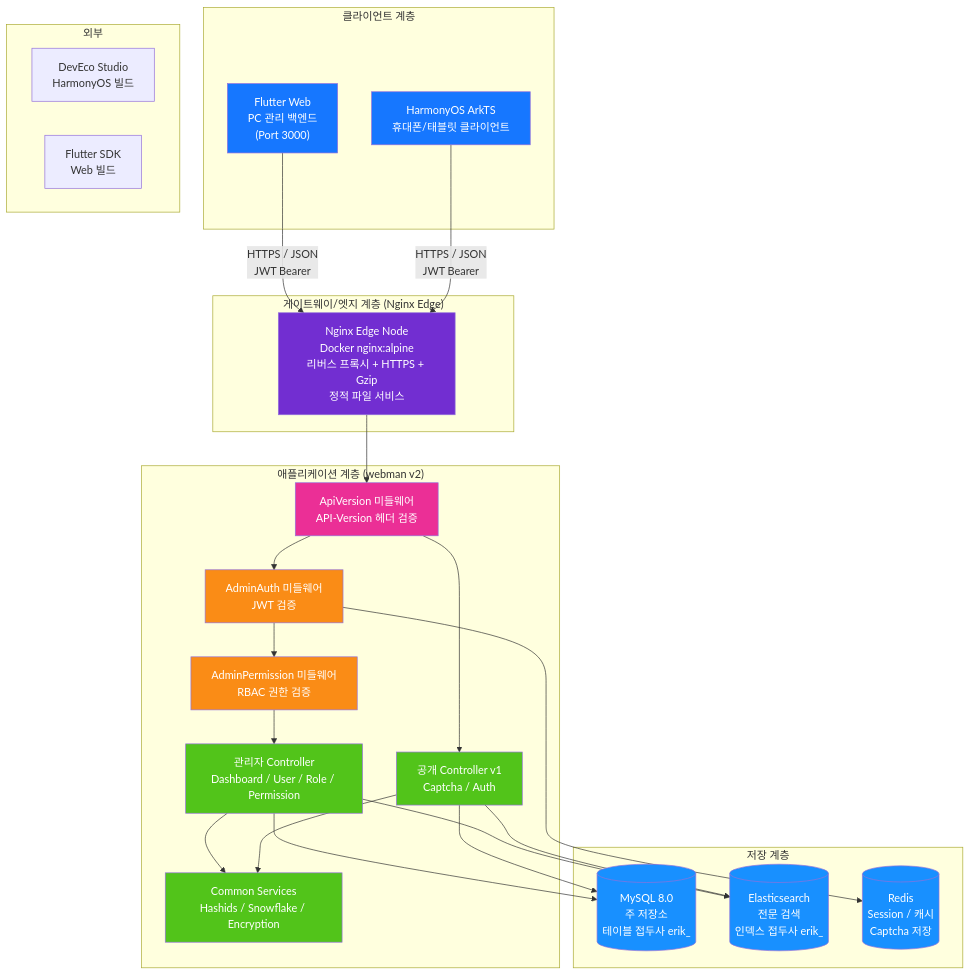
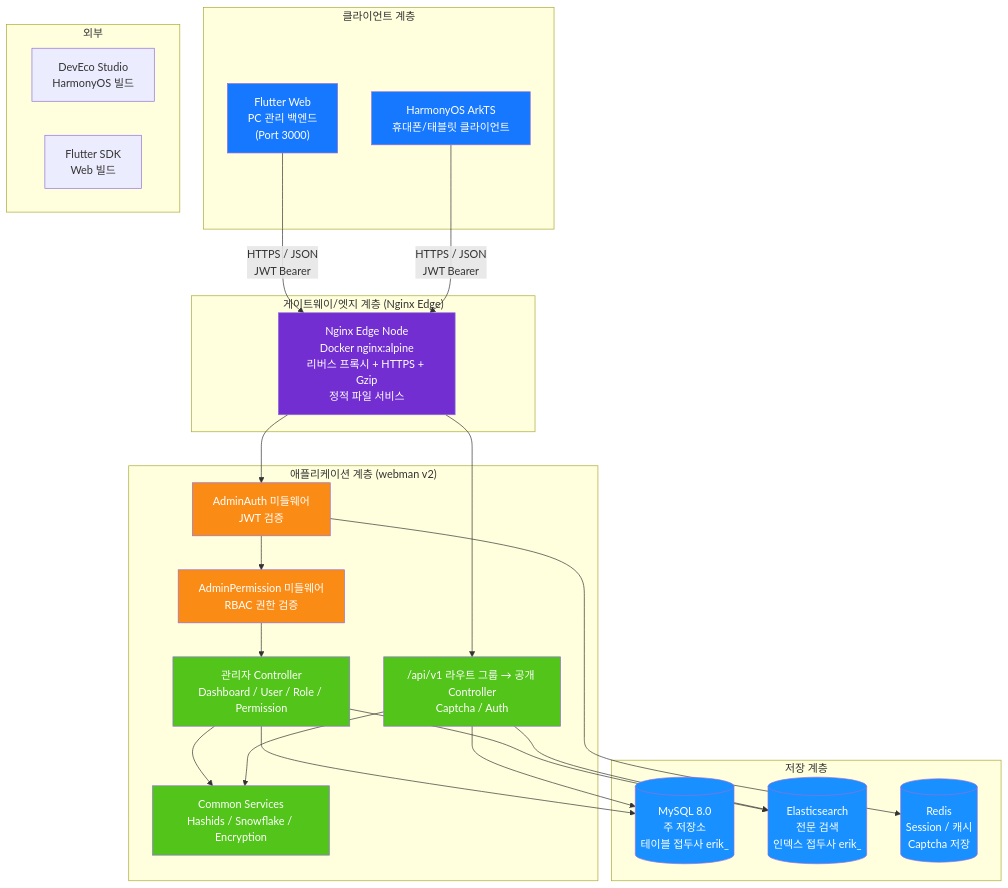
The first of 14 diagrams in docs/ARCHITECTURE.ko.md (erikwang2013/open-admin), drawn with Mermaid before and after one commit. The commit also changed other lines of this file and 115 other files, not shown here.

First line of the commit message:
功能：新增项目宠物「小安」、站点首页与手写 SVG 设计图集；全部文档对齐代码

````diff
--- a/docs/ARCHITECTURE.ko.md
+++ b/docs/ARCHITECTURE.ko.md
@@ -13,59 +15,56 @@
 ```mermaid
 flowchart TB
     subgraph "클라이언트 계층"
         A1["Flutter Web<br/>PC 관리 백엔드<br/>(Port 3000)"]
         A2["HarmonyOS ArkTS<br/>휴대폰/태블릿 클라이언트"]
     end
 
     subgraph "게이트웨이/엣지 계층 (Nginx Edge)"
         B1["Nginx Edge Node<br/>Docker nginx:alpine<br/>리버스 프록시 + HTTPS + Gzip<br/>정적 파일 서비스"]
     end
 
     subgraph "애플리케이션 계층 (webman v2)"
-        C0["ApiVersion 미들웨어<br/>API-Version 헤더 검증"]
         C1["AdminAuth 미들웨어<br/>JWT 검증"]
         C2["AdminPermission 미들웨어<br/>RBAC 권한 검증"]
         C3["관리자 Controller<br/>Dashboard / User / Role / Permission"]
-        C4["공개 Controller v1<br/>Captcha / Auth"]
+        C4["/api/v1 라우트 그룹 → 공개 Controller<br/>Captcha / Auth"]
         C5["Common Services<br/>Hashids / Snowflake / Encryption"]
     end
 
     subgraph "저장 계층"
         D1[("MySQL 8.0<br/>주 저장소<br/>테이블 접두사 erik_")]
         D2[("Elasticsearch<br/>전문 검색<br/>인덱스 접두사 erik_")]
         D3[("Redis<br/>Session / 캐시<br/>Captcha 저장")]
     end
 
     subgraph "외부"
         E1["DevEco Studio<br/>HarmonyOS 빌드"]
         E2["Flutter SDK<br/>Web 빌드"]
     end
 
     A1 -->|"HTTPS / JSON<br/>JWT Bearer"| B1
     A2 -->|"HTTPS / JSON<br/>JWT Bearer"| B1
-    B1 --> C0
-    C0 --> C1
+    B1 --> C1
+    B1 --> C4
     C1 --> C2
     C2 --> C3
-    C0 --> C4
     C3 --> C5
     C4 --> C5
     C3 --> D1
     C4 --> D1
     C3 --> D2
     C4 --> D2
     C1 --> D3
 
     style A1 fill:#1677FF,color:#fff
     style A2 fill:#1677FF,color:#fff
     style B1 fill:#722ED1,color:#fff
-    style C0 fill:#EB2F96,color:#fff
     style C1 fill:#FA8C16,color:#fff
     style C2 fill:#FA8C16,color:#fff
     style C3 fill:#52C41A,color:#fff
     style C4 fill:#52C41A,color:#fff
     style C5 fill:#52C41A,color:#fff
     style D1 fill:#1890FF,color:#fff
     style D2 fill:#1890FF,color:#fff
     style D3 fill:#1890FF,color:#fff
 ```
````
